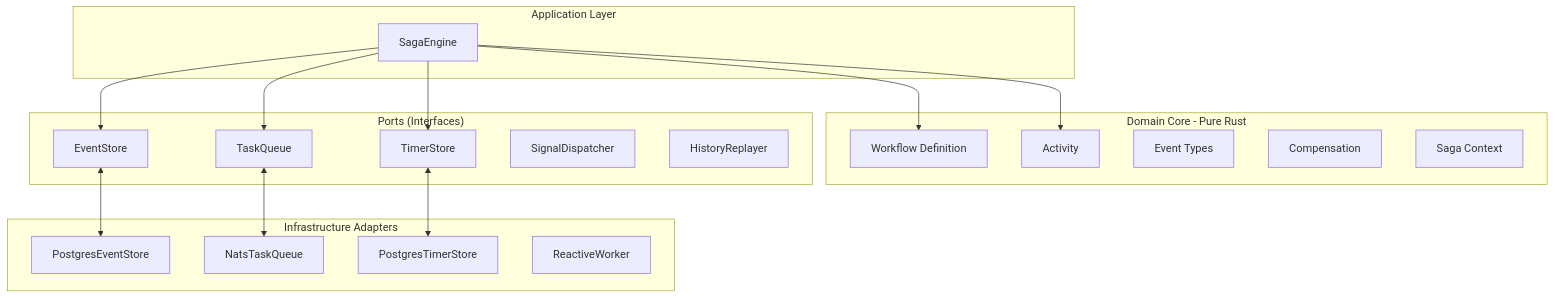
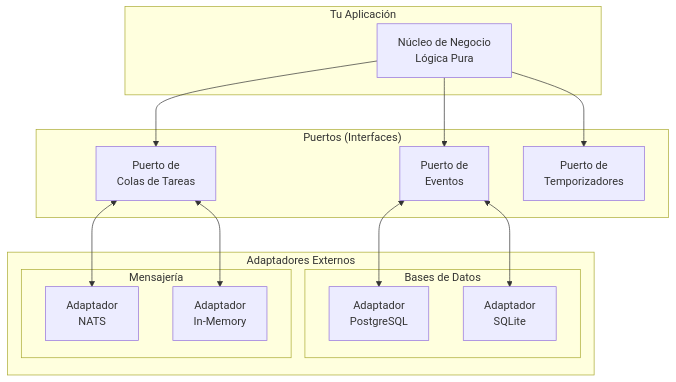
The fifth of 20 diagrams in docs/manuales/MANUAL_SAGA_ENGINE_DESARROLLADOR.md (Rubentxu/hodei-jobs), drawn with Mermaid before and after one commit. The commit also changed other lines of this file and 7 other files, not shown here.

First line of the commit message:
docs(saga-engine): enhance manuals with beginner-friendly tutorials

````diff
--- a/docs/manuales/MANUAL_SAGA_ENGINE_DESARROLLADOR.md
+++ b/docs/manuales/MANUAL_SAGA_ENGINE_DESARROLLADOR.md
@@ -21,39 +235,33 @@
 ```mermaid
-graph TB
-    subgraph "Application Layer"
-        A[SagaEngine]
+flowchart TB
+    subgraph "Tu Aplicación"
+        NN[Núcleo de Negocio<br/>Lógica Pura]
     end
     
-    subgraph "Domain Core - Pure Rust"
-        D1[Workflow Definition]
-        D2[Activity]
-        D3[Event Types]
-        D4[Compensation]
-        D5[Saga Context]
+    subgraph "Puertos (Interfaces)"
+        P1[Puerto de<br/>Eventos]
+        P2[Puerto de<br/>Colas de Tareas]
+        P3[Puerto de<br/>Temporizadores]
     end
     
-    subgraph "Ports (Interfaces)"
-        P1[EventStore]
-        P2[TaskQueue]
-        P3[TimerStore]
-        P4[SignalDispatcher]
-        P5[HistoryReplayer]
+    subgraph "Adaptadores Externos"
+        subgraph "Bases de Datos"
+            A1[Adaptador<br/>PostgreSQL]
+            A2[Adaptador<br/>SQLite]
+        end
+        
+        subgraph "Mensajería"
+            A3[Adaptador<br/>NATS]
+            A4[Adaptador<br/>In-Memory]
+        end
     end
     
-    subgraph "Infrastructure Adapters"
-        I1[PostgresEventStore]
-        I2[NatsTaskQueue]
-        I3[PostgresTimerStore]
-        I4[ReactiveWorker]
-    end
+    NN --> P1
+    NN --> P2
+    NN --> P3
     
-    A --> D1
-    A --> D2
-    A --> P1
-    A --> P2
-    A --> P3
-    
-    P1 <--> I1
-    P2 <--> I2
-    P3 <--> I3
+    P1 <--> A1
+    P1 <--> A2
+    P2 <--> A3
+    P2 <--> A4
 ```
````
